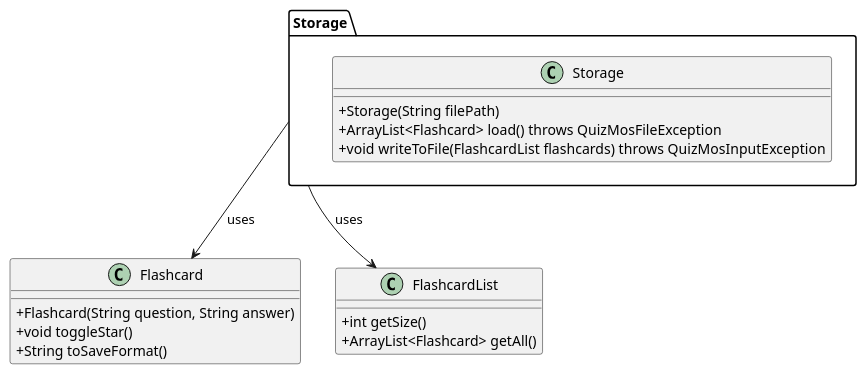
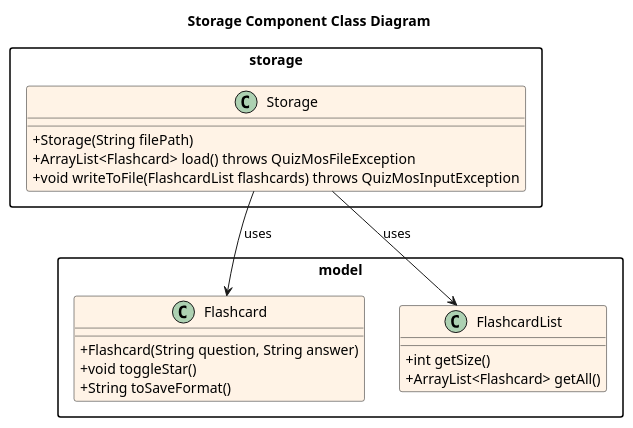
One commit to ashutoshalung/tp changed the diagram in docs/diagrams/Storage_Component_ClassDiagram.puml. Above: the diagram before and after it, drawn with PlantUML. The commit also changed other lines of this file and 9 other files, not shown here.

Commit message:
Add resolution to diagrams

```diff
--- a/docs/diagrams/Storage_Component_ClassDiagram.puml
+++ b/docs/diagrams/Storage_Component_ClassDiagram.puml
@@ -2,26 +1,36 @@
-@startuml
+@startuml StorageComponent_ClassDiagram
+
+title Storage Component Class Diagram
+
 skinparam classAttributeIconSize 0
-skinparam classStyle rectangle
+skinparam classBackgroundColor #FFF3E6
+skinparam packageStyle rectangle
+skinparam shadowing false
 
-package "Storage" {
-    class Storage {
-      +Storage(String filePath)
-      +ArrayList<Flashcard> load() throws QuizMosFileException
-      +void writeToFile(FlashcardList flashcards) throws QuizMosInputException
-    }
+package "storage" {
+class Storage {
++Storage(String filePath)
++ArrayList<Flashcard> load() throws QuizMosFileException
++void writeToFile(FlashcardList flashcards) throws QuizMosInputException
+}
 }
 
+package "model" {
 class Flashcard {
-  +Flashcard(String question, String answer)
-  +void toggleStar()
-  +String toSaveFormat()
++Flashcard(String question, String answer)
++void toggleStar()
++String toSaveFormat()
 }
 
 class FlashcardList {
   +int getSize()
   +ArrayList<Flashcard> getAll()
 }
 
+}
+
+/' Relationships '/
 Storage --> Flashcard : uses
 Storage --> FlashcardList : uses
+
 @enduml
```
